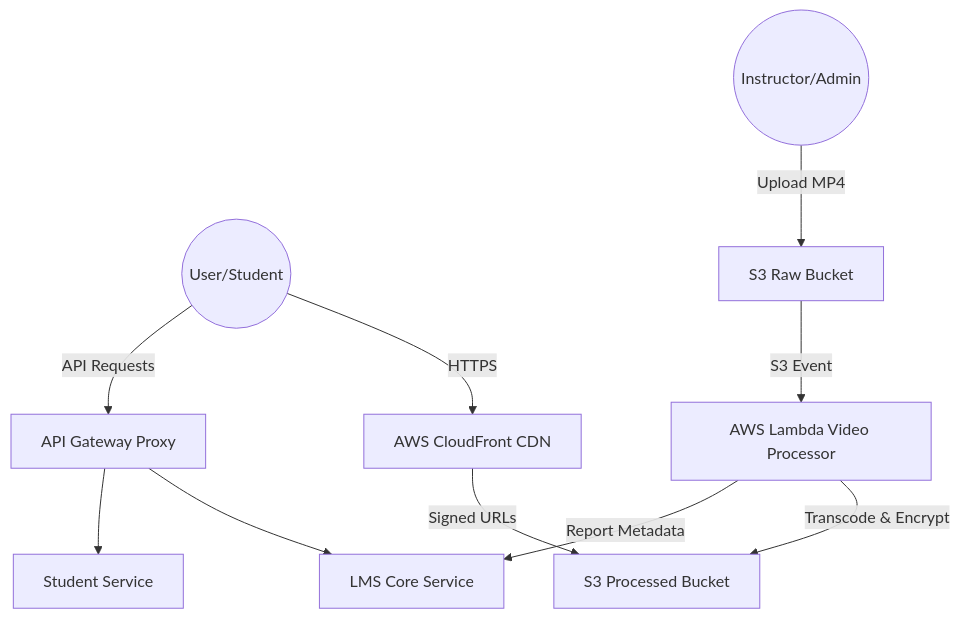
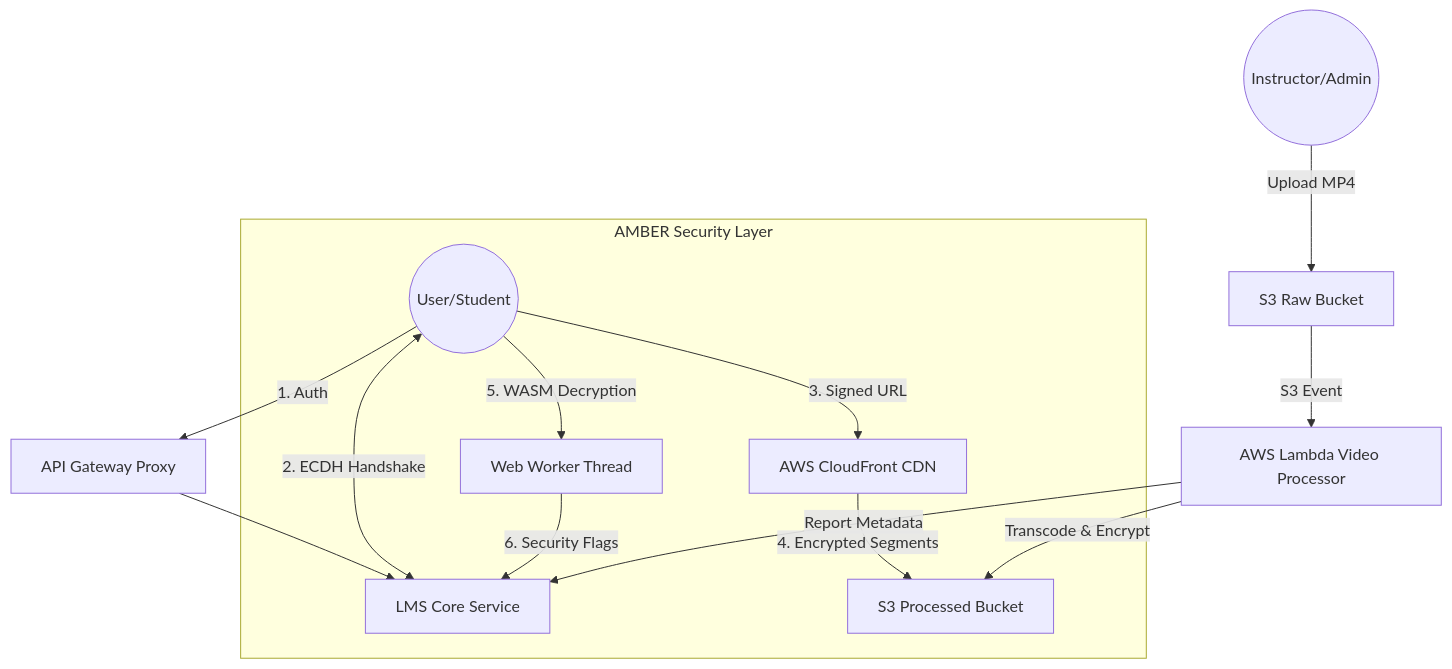
One commit to Amber-bisht/aes128-lms-admin-lambda-nextjs changed the diagram in readme.md. Above: the diagram before and after it, drawn with Mermaid. The commit also changed other lines of this file and 1 other file, not shown here.

Commit message:
feat: update architecture documentation and improve robustness of IP logging in course routes

````diff
--- a/readme.md
+++ b/readme.md
@@ -16,13 +16,18 @@
 ```mermaid
 graph TD
-    User((User/Student)) -->|HTTPS| CF[AWS CloudFront CDN]
-    CF -->|Signed URLs| S3_PUB[S3 Processed Bucket]
-    User -->|API Requests| GW[API Gateway Proxy]
+    User((User/Student)) -->|1. Auth| GW[API Gateway Proxy]
     GW --> LMS[LMS Core Service]
-    GW --> STD[Student Service]
     
+    subgraph AMBER Security Layer
+        User <-->|2. ECDH Handshake| LMS
+        User -->|3. Signed URL| CF[AWS CloudFront CDN]
+        CF -->|4. Encrypted Segments| S3_PUB[S3 Processed Bucket]
+        User -->|5. WASM Decryption| Worker[Web Worker Thread]
+        Worker -->|6. Security Flags| LMS
+    end
+
     Admin((Instructor/Admin)) -->|Upload MP4| S3_RAW[S3 Raw Bucket]
     S3_RAW -->|S3 Event| Lambda[AWS Lambda Video Processor]
     Lambda -->|Transcode & Encrypt| S3_PUB
     Lambda -->|Report Metadata| LMS
 ```
````
